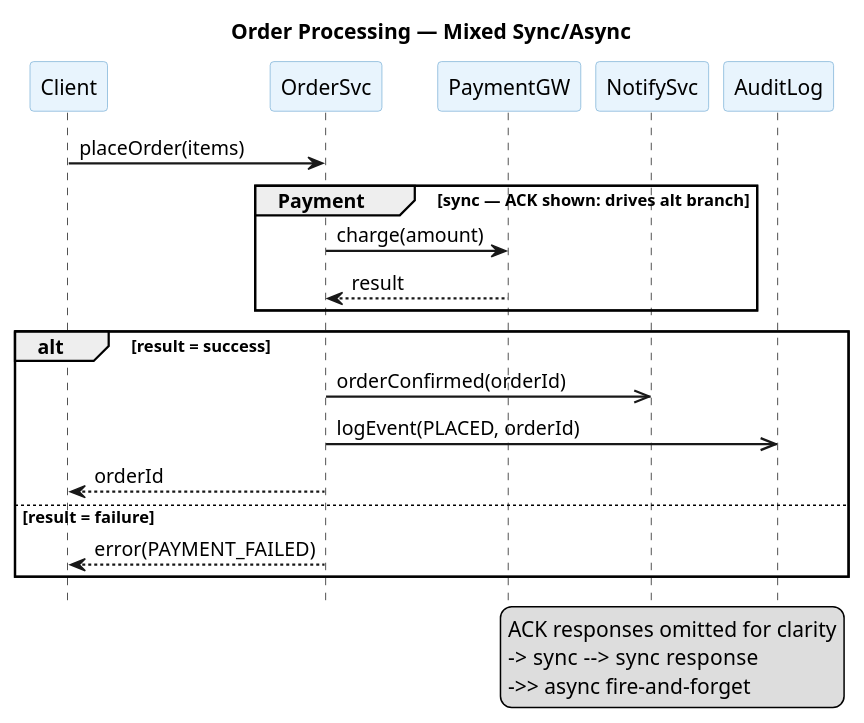
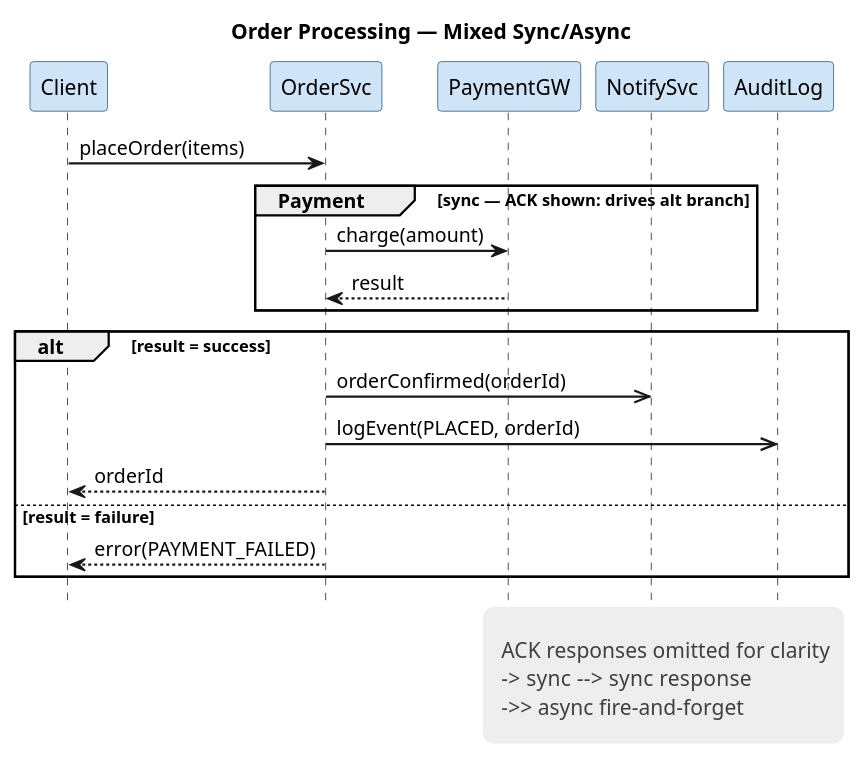
The third of 3 diagrams in plugins/plantuml/skills/plantuml-diagram-guide/references/sequence.md (artem-from-ua/claude-plugins), drawn with PlantUML before and after one commit. The commit also changed other lines of this file and 7 other files, not shown here.

First line of the commit message:
feat(plantuml): style legends with skinparams, darken palette fills (#412)

````diff
--- a/plugins/plantuml/skills/plantuml-diagram-guide/references/sequence.md
+++ b/plugins/plantuml/skills/plantuml-diagram-guide/references/sequence.md
@@ -80,37 +86,42 @@
 ```plantuml
 @startuml
 hide footbox
 title Order Processing — Mixed Sync/Async
 skinparam sequenceArrowThickness 1.5
 skinparam LifeLineBorderColor #C0C0C0
-skinparam participantBackgroundColor #E8F4FD
-skinparam participantBorderColor #7FB3D8
+skinparam participantBackgroundColor #CFE4F6
+skinparam participantBorderColor #25557E
+skinparam legendBackgroundColor #EEEEEE
+skinparam legendBorderColor transparent
+skinparam LegendFontColor #404040
 
 participant Client
 participant OrderSvc
 participant PaymentGW
 participant NotifySvc
 participant AuditLog
 
 Client -> OrderSvc: placeOrder(items)
 
 group Payment [sync — ACK shown: drives alt branch]
   OrderSvc -> PaymentGW: charge(amount)
   PaymentGW --> OrderSvc: result
 end
 
 alt result = success
   OrderSvc ->> NotifySvc: orderConfirmed(orderId)
   OrderSvc ->> AuditLog: logEvent(PLACED, orderId)
   OrderSvc --> Client: orderId
 else result = failure
   OrderSvc --> Client: error(PAYMENT_FAILED)
 end
 
 legend right
-  ACK responses omitted for clarity
-  -> sync  --> sync response
-  ->> async fire-and-forget
+  <size:6> </size>
+    ACK responses omitted for clarity<size:17> </size>
+    -> sync  --> sync response
+    ->> async fire-and-forget
+  <size:6> </size>
 end legend
 @enduml
 ```
````
